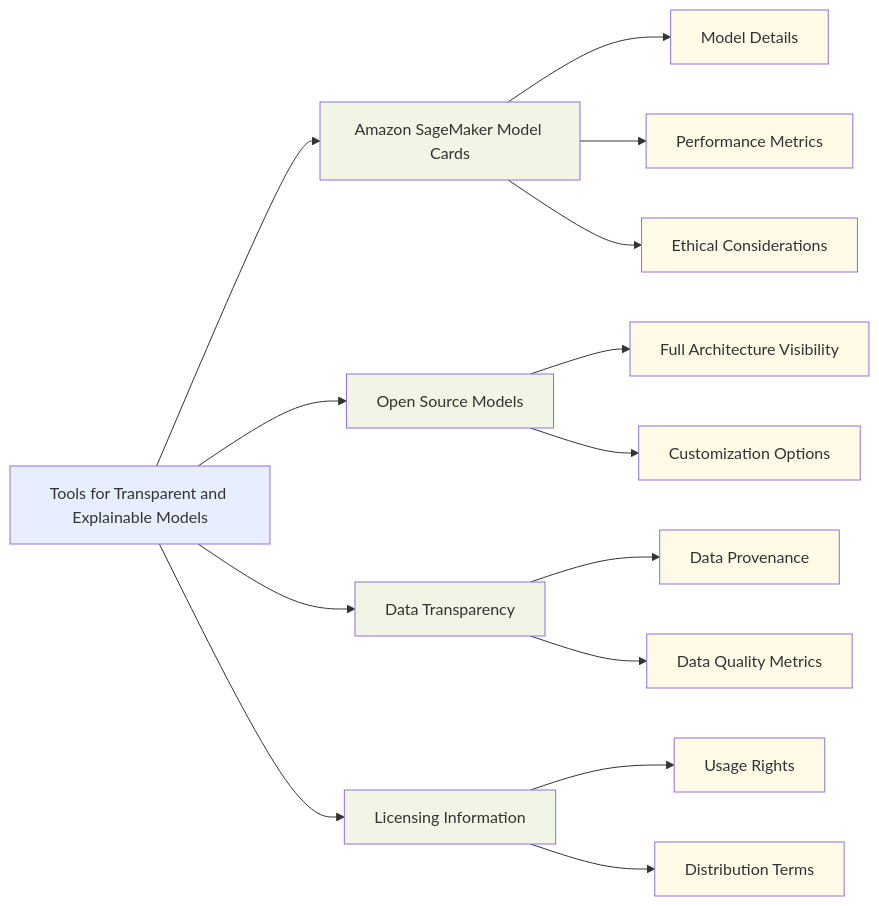
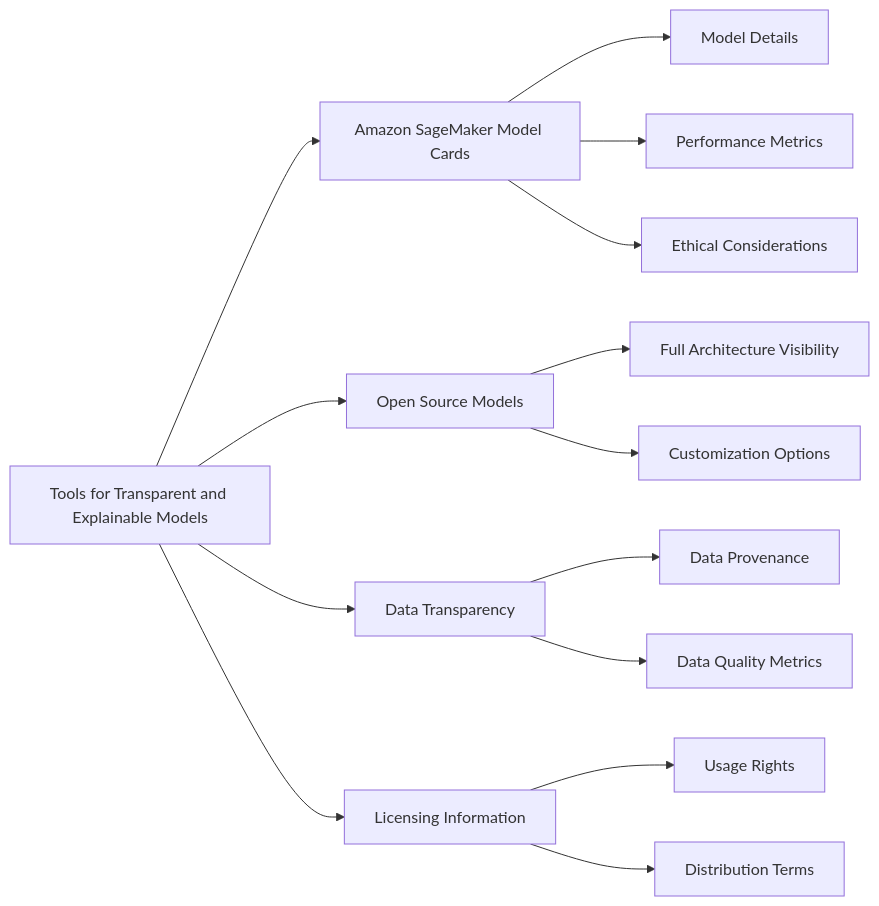
The second of 4 diagrams in english/40_20_Transparent_and_Explainable_Models.md (CloudCityPress/aws-aif-c01), drawn with Mermaid before and after one commit. The commit also changed other lines of this file and 16 other files, not shown here.

Commit message:
updating Mermaids

````diff
--- a/english/40_20_Transparent_and_Explainable_Models.md
+++ b/english/40_20_Transparent_and_Explainable_Models.md
@@ -72,30 +62,16 @@
 ```mermaid
 flowchart LR
     A[Tools for Transparent and Explainable Models] --> B[Amazon SageMaker Model Cards]
     A --> C[Open Source Models]
     A --> D[Data Transparency]
     A --> E[Licensing Information]
     B --> F[Model Details]
     B --> G[Performance Metrics]
     B --> H[Ethical Considerations]
     C --> I[Full Architecture Visibility]
     C --> J[Customization Options]
     D --> K[Data Provenance]
     D --> L[Data Quality Metrics]
     E --> M[Usage Rights]
     E --> N[Distribution Terms]
-    style A fill:#e6eeff
-    style B fill:#f0f5e6
-    style C fill:#f0f5e6
-    style D fill:#f0f5e6
-    style E fill:#f0f5e6
-    style F fill:#fffae6
-    style G fill:#fffae6
-    style H fill:#fffae6
-    style I fill:#fffae6
-    style J fill:#fffae6
-    style K fill:#fffae6
-    style L fill:#fffae6
-    style M fill:#fffae6
-    style N fill:#fffae6
 ```
````
